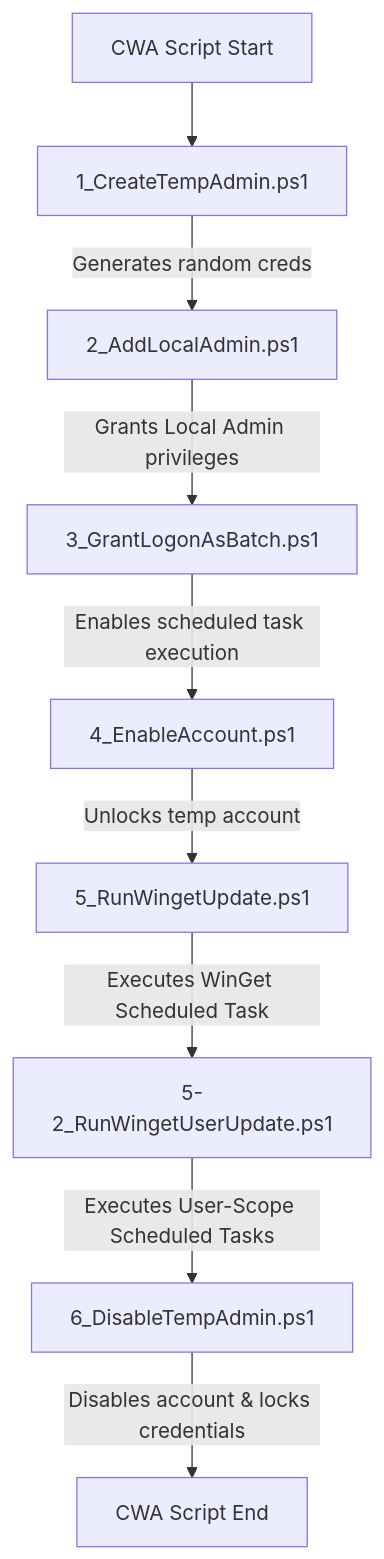
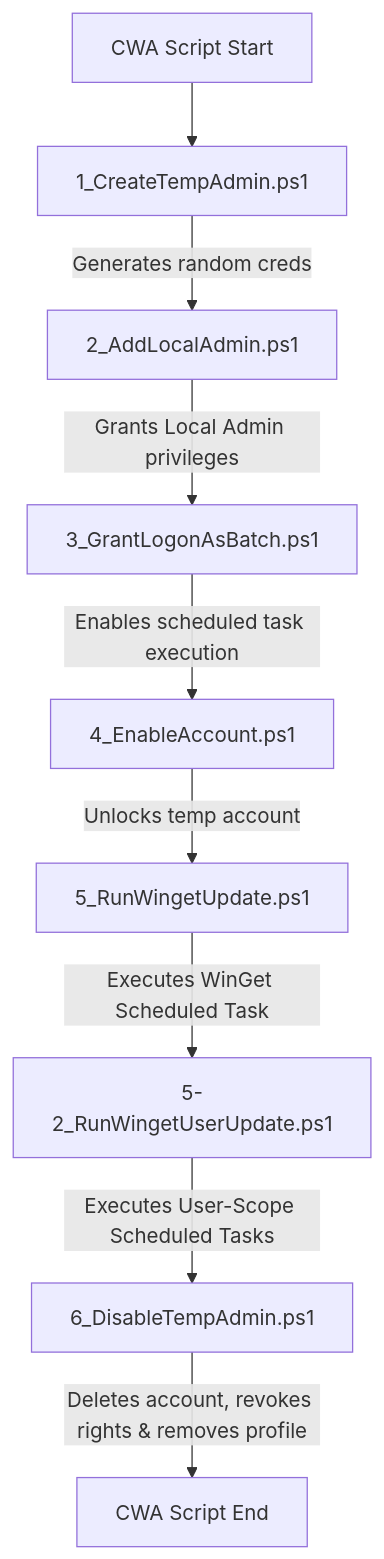
Before and after one commit to arumes31/cw-winget: the diagram in README.md, drawn with Mermaid. The commit also changed other lines of this file and 16 other files, not shown here.

````diff
--- a/README.md
+++ b/README.md
@@ -46,11 +48,11 @@
 ```mermaid
 graph TD
     A[CWA Script Start] --> B[1_CreateTempAdmin.ps1]
     B -->|Generates random creds| C[2_AddLocalAdmin.ps1]
     C -->|Grants Local Admin privileges| D[3_GrantLogonAsBatch.ps1]
     D -->|Enables scheduled task execution| E[4_EnableAccount.ps1]
     E -->|Unlocks temp account| F[5_RunWingetUpdate.ps1]
     F -->|Executes WinGet Scheduled Task| G[5-2_RunWingetUserUpdate.ps1]
     G -->|Executes User-Scope Scheduled Tasks| H[6_DisableTempAdmin.ps1]
-    H -->|Disables account & locks credentials| I[CWA Script End]
+    H -->|Deletes account, revokes rights & removes profile| I[CWA Script End]
 ```
````
